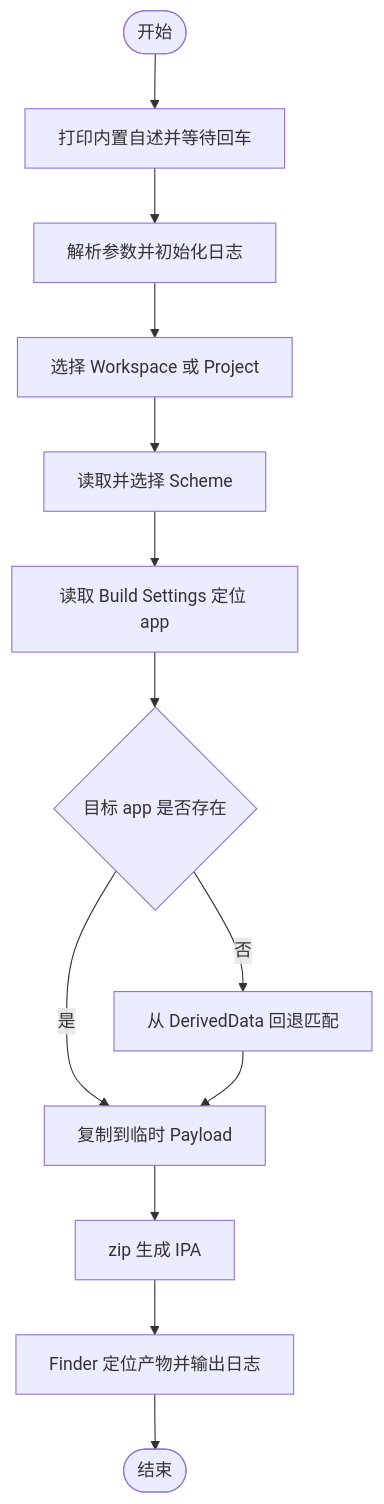
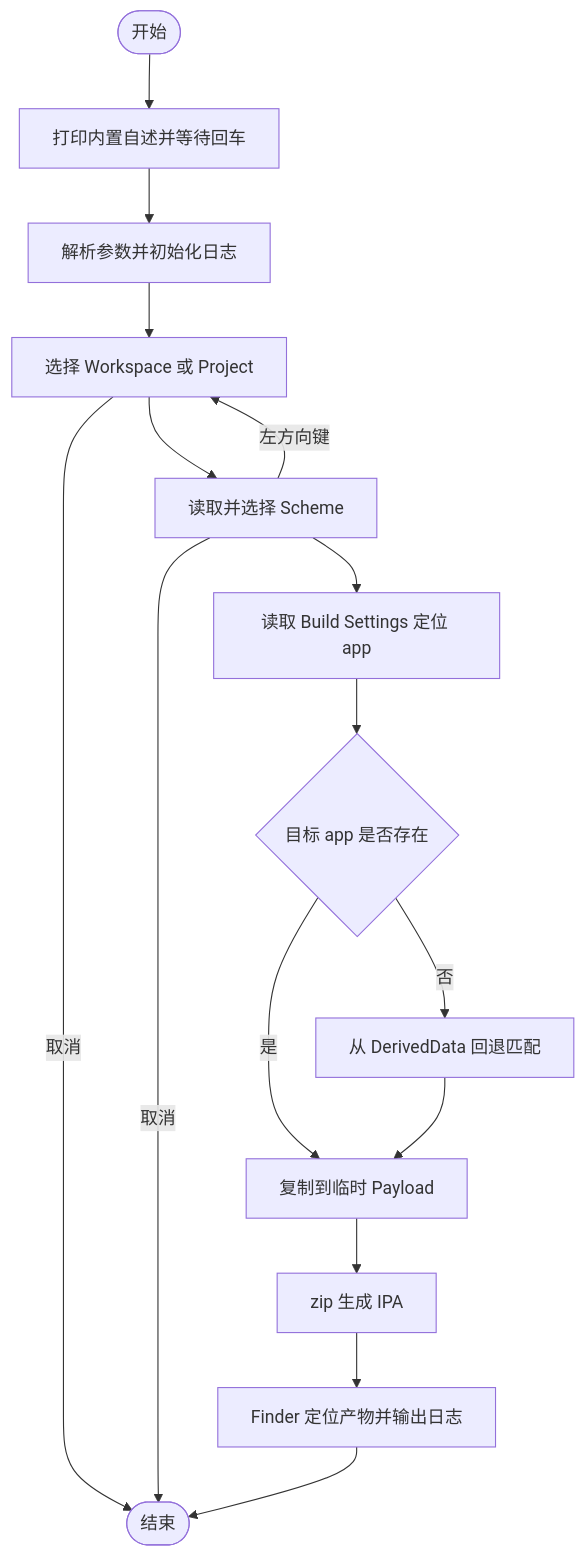
The diagram in 打包相关/【MacOS】📦双击自动生成ipa文件.command/README.md (JobsKits/JobsCommand-iOS), drawn with Mermaid before and after one commit. The commit also changed other lines of this file and 3 other files, not shown here.

````diff
--- a/打包相关/【MacOS】📦双击自动生成ipa文件.command/README.md
+++ b/打包相关/【MacOS】📦双击自动生成ipa文件.command/README.md
@@ -200,15 +210,18 @@
 ```mermaid
 flowchart TD
     A([开始]) --> B[打印内置自述并等待回车]
     B --> C[解析参数并初始化日志]
     C --> D[选择 Workspace 或 Project]
     D --> E[读取并选择 Scheme]
+    E -->|左方向键| D
+    D -->|取消| L
+    E -->|取消| L
     E --> F[读取 Build Settings 定位 app]
     F --> G{目标 app 是否存在}
     G -->|否| H[从 DerivedData 回退匹配]
     G -->|是| I[复制到临时 Payload]
     H --> I
     I --> J[zip 生成 IPA]
     J --> K[Finder 定位产物并输出日志]
     K --> L([结束])
 ```
````
